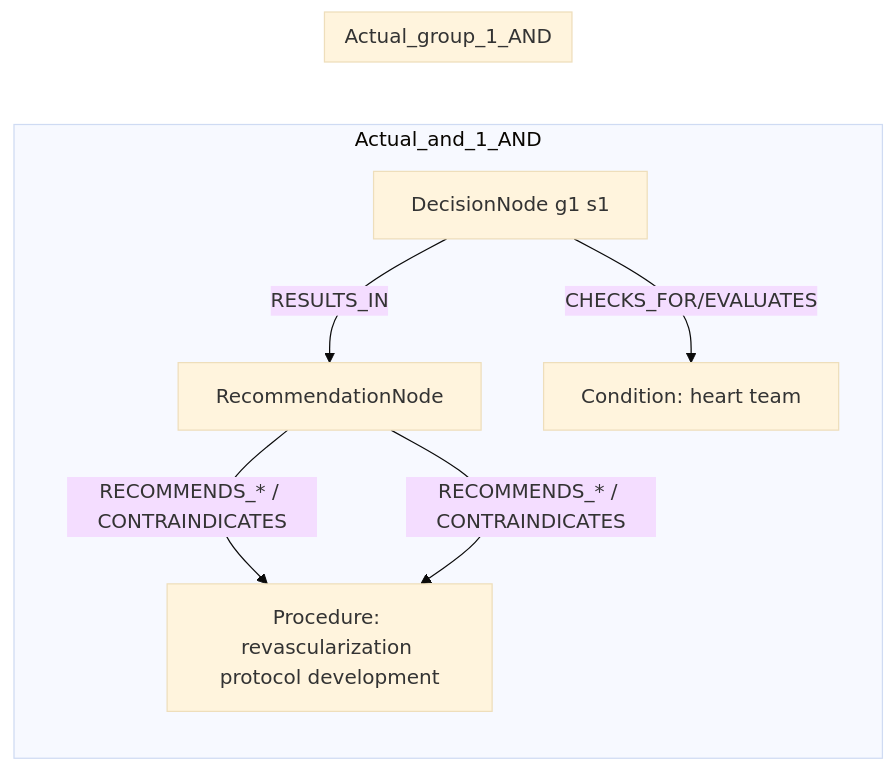
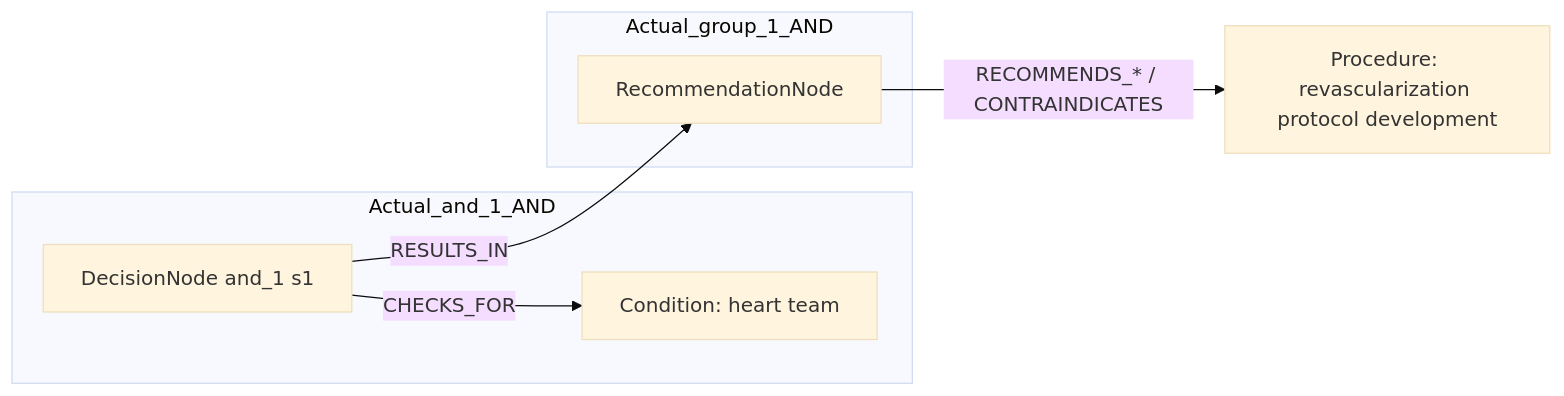
Before and after one commit to dieterich-lab/CardioGuidelinesGraph: the second of 2 diagrams in docs/table22_rows/row_05.md, drawn with Mermaid (base theme). The commit also changed other lines of this file and 18 other files, not shown here.

Commit message:
Update mermaid diagrams.

````diff
--- a/docs/table22_rows/row_05.md
+++ b/docs/table22_rows/row_05.md
@@ -111,18 +110,15 @@
 ```mermaid
 graph LR
+  REC[RecommendationNode]
+  ACT1[Procedure: revascularization protocol development]
+  REC -->|RECOMMENDS_* / CONTRAINDICATES| ACT1
   subgraph Actual_and_1_AND
-    REC[RecommendationNode]
-    D1[DecisionNode g1 s1]
-    C1[Condition: heart team]
-    D1 -->|CHECKS_FOR/EVALUATES| C1
-    D1 -->|RESULTS_IN| REC
-    ACT1[Procedure: revascularization protocol development]
-    REC -->|RECOMMENDS_* / CONTRAINDICATES| ACT1
+    D_and_1_1[DecisionNode and_1 s1]
+    C_and_1_1[Condition: heart team]
+    D_and_1_1 -->|CHECKS_FOR| C_and_1_1
   end
   subgraph Actual_group_1_AND
-    REC[RecommendationNode]
     REC
-    ACT1[Procedure: revascularization protocol development]
-    REC -->|RECOMMENDS_* / CONTRAINDICATES| ACT1
   end
+  D_and_1_1 -->|RESULTS_IN| REC
 ```
````
